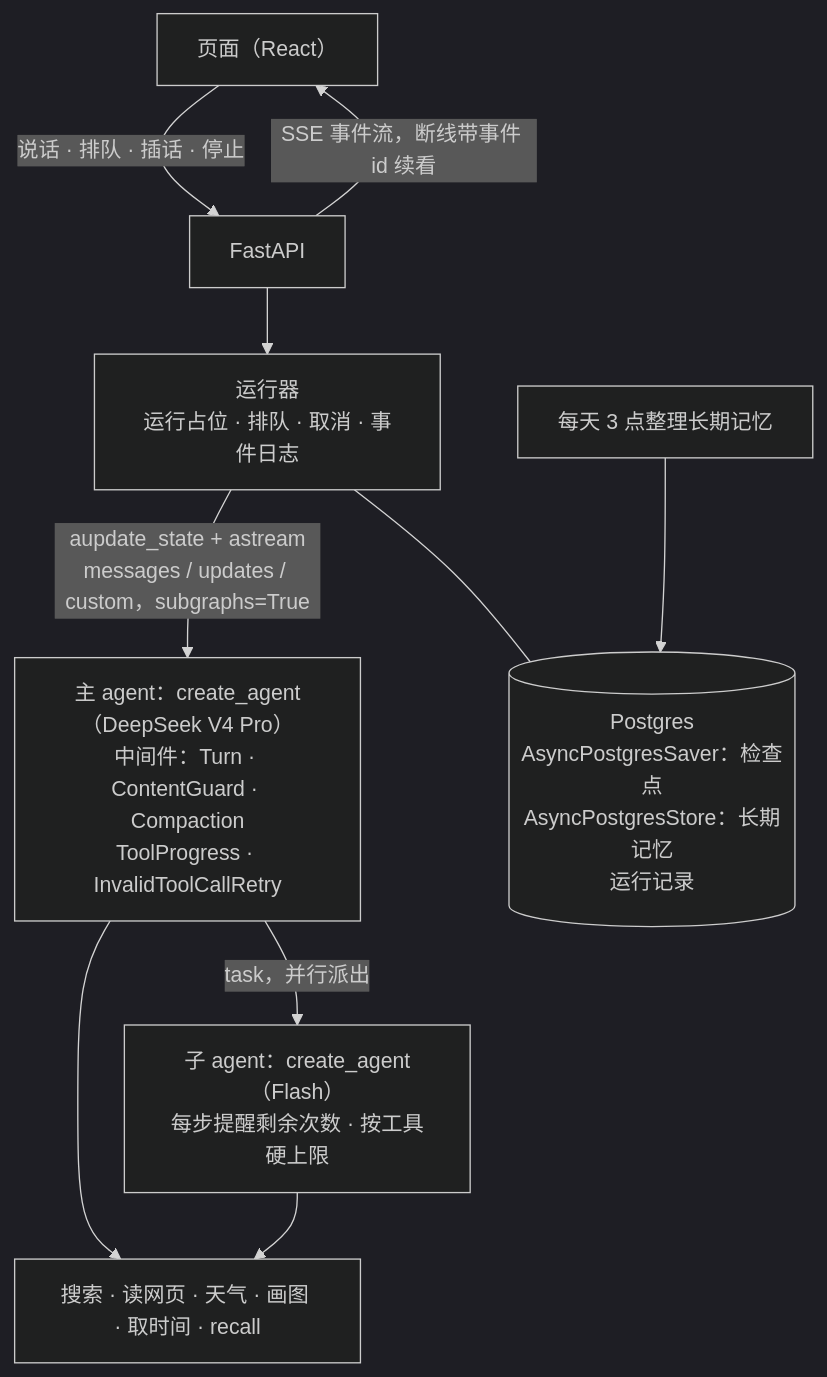
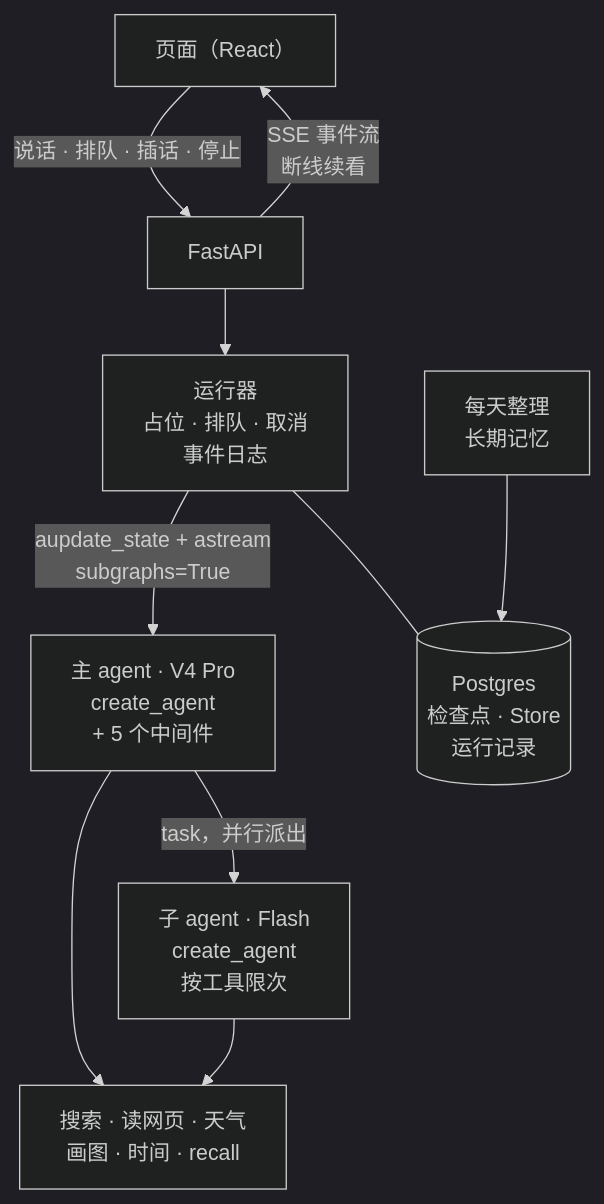
The diagram in README.md (HyxiaoGe/LingDraft), drawn with Mermaid (dark theme) before and after one commit.

Commit message:
架构图精简节点文字：GitHub 上节点窄，原来折成很多行

````diff
--- a/README.md
+++ b/README.md
@@ -11,13 +11,12 @@
 ```mermaid
 flowchart TB
     UI["页面（React）"] -- "说话 · 排队 · 插话 · 停止" --> API["FastAPI"]
-    API -- "SSE 事件流，断线带事件 id 续看" --> UI
-    API --> Runner["运行器<br/>运行占位 · 排队 · 取消 · 事件日志"]
-    Runner -- "aupdate_state + astream<br/>messages / updates / custom，subgraphs=True" --> Main
-    Main["主 agent：create_agent（DeepSeek V4 Pro）<br/>中间件：Turn · ContentGuard · Compaction<br/>ToolProgress · InvalidToolCallRetry"]
-    Main -- "task，并行派出" --> Sub["子 agent：create_agent（Flash）<br/>每步提醒剩余次数 · 按工具硬上限"]
-    Main --> Tools["搜索 · 读网页 · 天气 · 画图 · 取时间 · recall"]
+    API -- "SSE 事件流<br/>断线续看" --> UI
+    API --> Runner["运行器<br/>占位 · 排队 · 取消<br/>事件日志"]
+    Runner -- "aupdate_state + astream<br/>subgraphs=True" --> Main["主 agent · V4 Pro<br/>create_agent<br/>+ 5 个中间件"]
+    Main -- "task，并行派出" --> Sub["子 agent · Flash<br/>create_agent<br/>按工具限次"]
+    Main --> Tools["搜索 · 读网页 · 天气<br/>画图 · 时间 · recall"]
     Sub --> Tools
-    Runner --- PG[("Postgres<br/>AsyncPostgresSaver：检查点<br/>AsyncPostgresStore：长期记忆<br/>运行记录")]
-    Dream["每天 3 点整理长期记忆"] --> PG
+    Runner --- PG[("Postgres<br/>检查点 · Store<br/>运行记录")]
+    Dream["每天整理<br/>长期记忆"] --> PG
 ```
````
